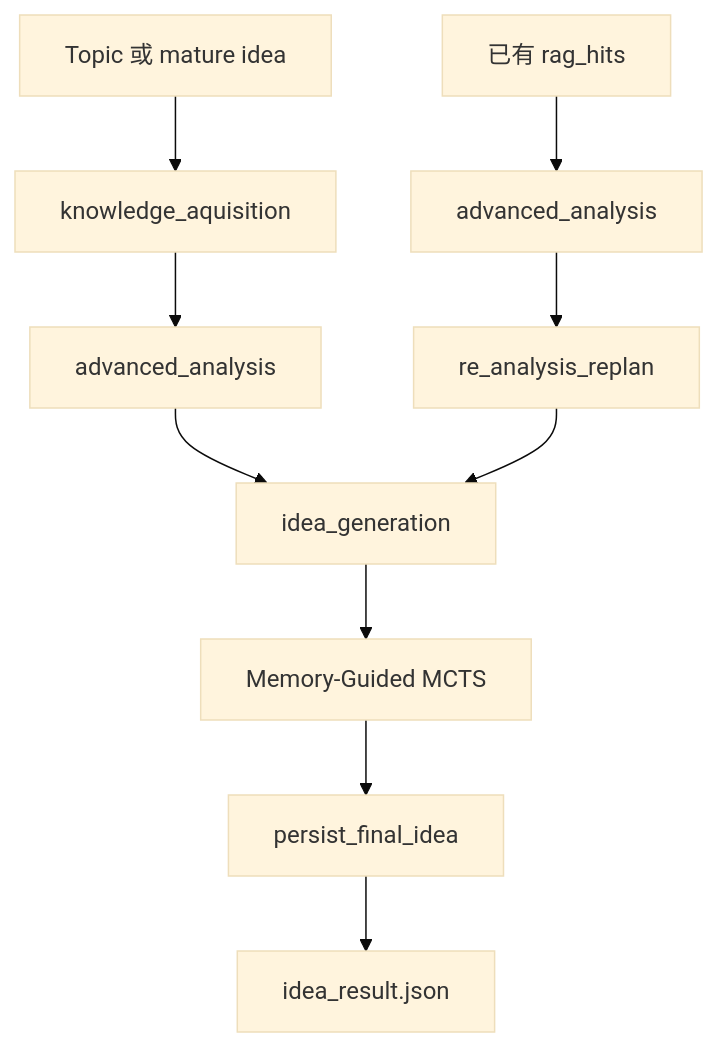
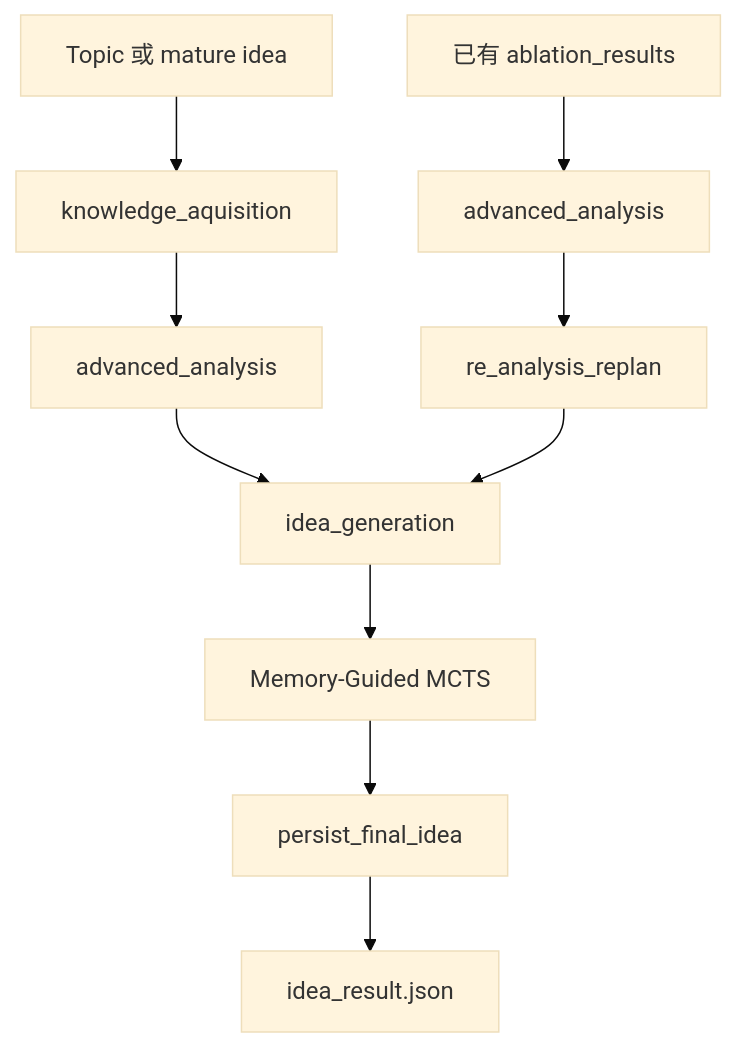
One commit to OpenDFM/Xcientist changed the diagram in src/agents/idea_agent/README_CN.md. Above: the diagram before and after it, drawn with Mermaid (base theme). The commit also changed other lines of this file and 13 other files, not shown here.

````diff
--- a/src/agents/idea_agent/README_CN.md
+++ b/src/agents/idea_agent/README_CN.md
@@ -17,14 +17,14 @@
 ```mermaid
 graph TD
     T[Topic 或 mature idea] --> KA[knowledge_aquisition]
     KA --> AA[advanced_analysis]
     AA --> IG[idea_generation]
 
-    RH[已有 rag_hits] --> AA2[advanced_analysis]
+    AR[已有 ablation_results] --> AA2[advanced_analysis]
     AA2 --> RR[re_analysis_replan]
     RR --> IG
 
     IG --> MCTS[Memory-Guided MCTS]
     MCTS --> PFI[persist_final_idea]
     PFI --> OUT[idea_result.json]
 ```
````
